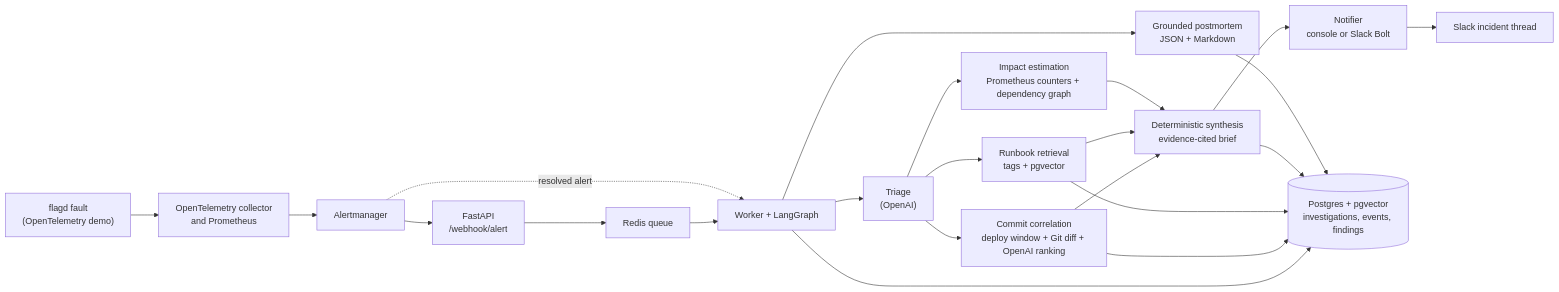
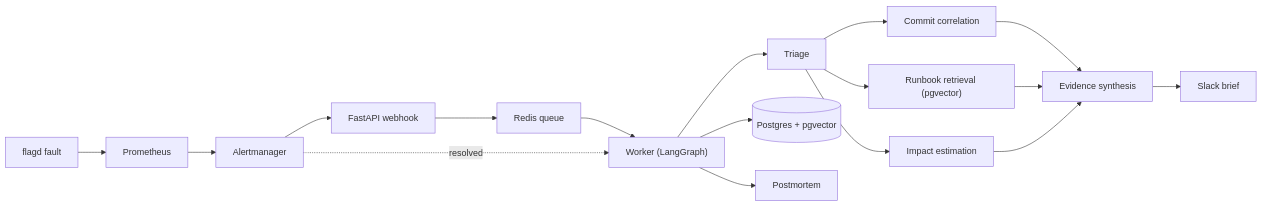
The diagram in README.md (krishna31102004/ai-sre-new), drawn with Mermaid before and after one commit. The commit also changed other lines of this file, not shown here.

````diff
--- a/README.md
+++ b/README.md
@@ -47,27 +11,15 @@
 ```mermaid
 flowchart LR
-    Fault["flagd fault\n(OpenTelemetry demo)"] --> Metrics["OpenTelemetry collector\nand Prometheus"]
-    Metrics --> AM["Alertmanager"]
-    AM --> API["FastAPI\n/webhook/alert"]
-    API --> Queue["Redis queue"]
-    Queue --> Worker["Worker + LangGraph"]
-
-    Worker --> Triage["Triage\n(OpenAI)"]
-    Triage --> Commit["Commit correlation\ndeploy window + Git diff + OpenAI ranking"]
-    Triage --> Runbook["Runbook retrieval\ntags + pgvector"]
-    Triage --> Impact["Impact estimation\nPrometheus counters + dependency graph"]
-
-    Commit --> Synthesis["Deterministic synthesis\nevidence-cited brief"]
-    Runbook --> Synthesis
-    Impact --> Synthesis
-    Synthesis --> Notify["Notifier\nconsole or Slack Bolt"]
-    Notify --> Slack["Slack incident thread"]
-
-    Worker --> DB[("Postgres + pgvector\ninvestigations, events, findings")]
-    Commit --> DB
-    Runbook --> DB
-    Synthesis --> DB
-    AM -. "resolved alert" .-> Worker
-    Worker --> PM["Grounded postmortem\nJSON + Markdown"]
-    PM --> DB
+    Fault["flagd fault"] --> Prom["Prometheus"] --> AM["Alertmanager"]
+    AM --> API["FastAPI webhook"] --> Q["Redis queue"] --> W["Worker (LangGraph)"]
+    W --> T["Triage"]
+    T --> C["Commit correlation"]
+    T --> R["Runbook retrieval (pgvector)"]
+    T --> I["Impact estimation"]
+    C --> S["Evidence synthesis"]
+    R --> S
+    I --> S
+    S --> Slack["Slack brief"]
+    W --> DB[("Postgres + pgvector")]
+    AM -. resolved .-> W --> PM["Postmortem"]
 ```
````
